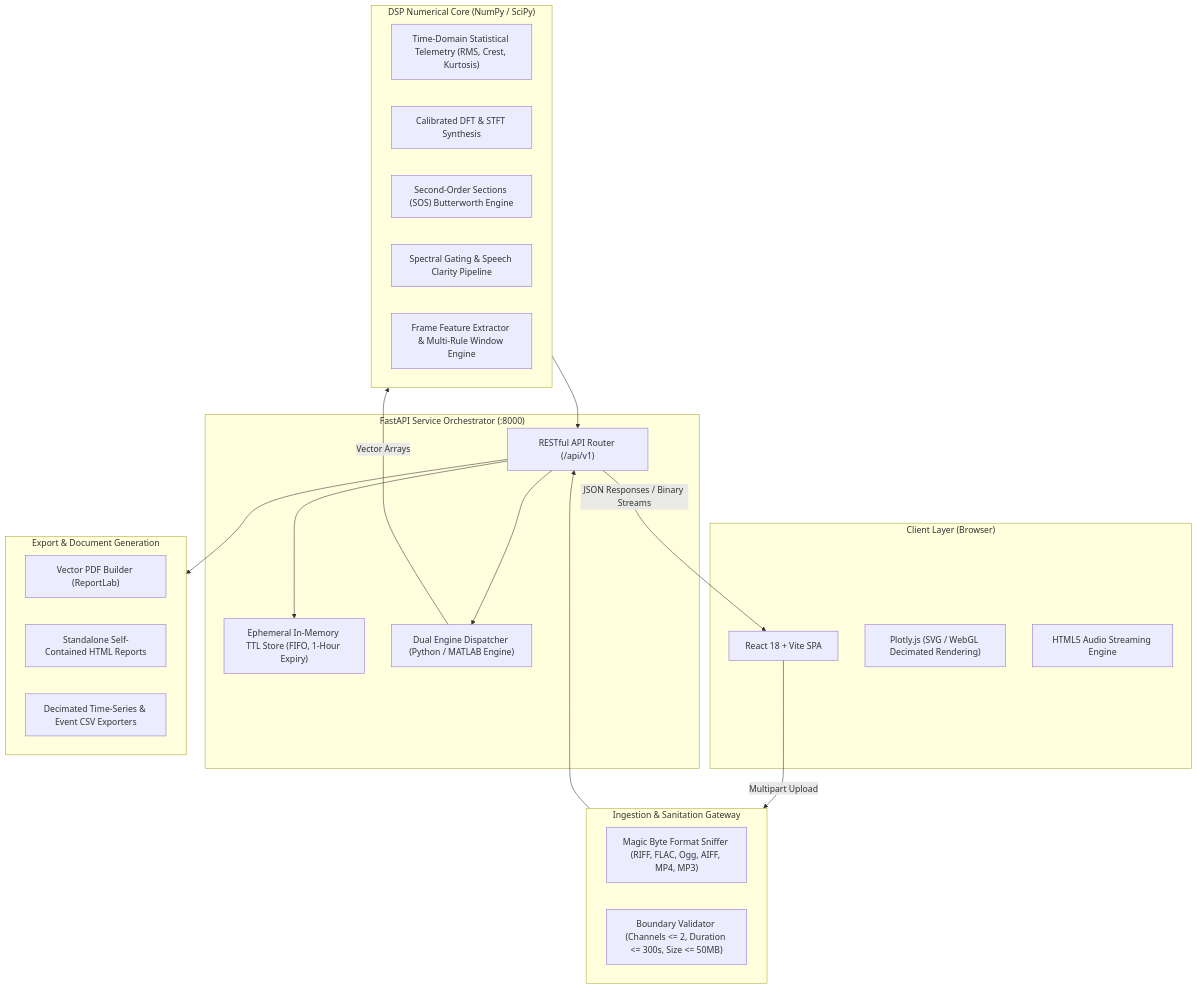
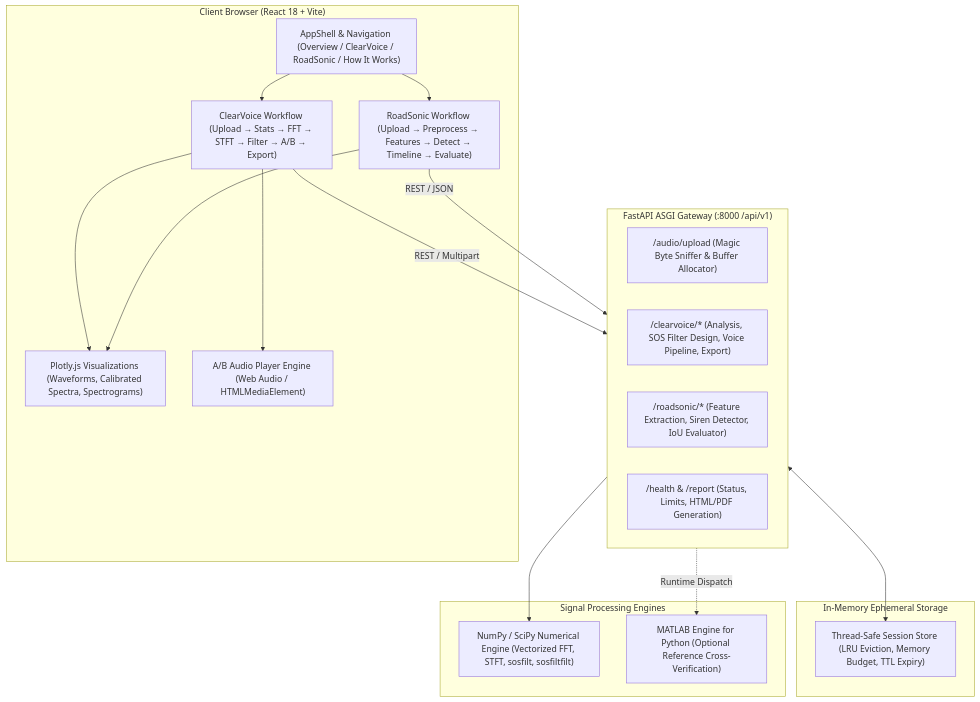
Before and after one commit to SanghviNishank/SonicLab: the diagram in README.md, drawn with Mermaid. The commit also changed other lines of this file and 10 other files, not shown here.

````diff
--- a/README.md
+++ b/README.md
@@ -58,42 +160,39 @@
 ```mermaid
 flowchart TD
-    subgraph Client ["Client Layer (Browser)"]
-        UI["React 18 + Vite SPA"]
-        Plotly["Plotly.js (SVG / WebGL Decimated Rendering)"]
-        AudioNodes["HTML5 Audio Streaming Engine"]
+    subgraph Client ["Client Browser (React 18 + Vite)"]
+        Nav["AppShell & Navigation (Overview / ClearVoice / RoadSonic / How It Works)"]
+        CV_UI["ClearVoice Workflow (Upload → Stats → FFT → STFT → Filter → A/B → Export)"]
+        RS_UI["RoadSonic Workflow (Upload → Preprocess → Features → Detect → Timeline → Evaluate)"]
+        PlotEngine["Plotly.js Visualizations (Waveforms, Calibrated Spectra, Spectrograms)"]
+        AudioEng["A/B Audio Player Engine (Web Audio / HTMLMediaElement)"]
     end
 
-    subgraph Ingestion ["Ingestion & Sanitation Gateway"]
-        Sniffer["Magic Byte Format Sniffer (RIFF, FLAC, Ogg, AIFF, MP4, MP3)"]
-        Validator["Boundary Validator (Channels <= 2, Duration <= 300s, Size <= 50MB)"]
+    subgraph Gateway ["FastAPI ASGI Gateway (:8000 /api/v1)"]
+        UploadHandler["/audio/upload (Magic Byte Sniffer & Buffer Allocator)"]
+        CV_Router["/clearvoice/* (Analysis, SOS Filter Design, Voice Pipeline, Export)"]
+        RS_Router["/roadsonic/* (Feature Extraction, Siren Detector, IoU Evaluator)"]
+        HealthReport["/health & /report (Status, Limits, HTML/PDF Generation)"]
     end
 
-    subgraph ServiceLayer ["FastAPI Service Orchestrator (:8000)"]
-        Router["RESTful API Router (/api/v1)"]
-        MemStore["Ephemeral In-Memory TTL Store (FIFO, 1-Hour Expiry)"]
-        Adapter["Dual Engine Dispatcher (Python / MATLAB Engine)"]
+    subgraph Storage ["In-Memory Ephemeral Storage"]
+        MemStore["Thread-Safe Session Store (LRU Eviction, Memory Budget, TTL Expiry)"]
     end
 
-    subgraph DSPCore ["DSP Numerical Core (NumPy / SciPy)"]
-        StatsEngine["Time-Domain Statistical Telemetry (RMS, Crest, Kurtosis)"]
-        DFTEngine["Calibrated DFT & STFT Synthesis"]
-        FilterEngine["Second-Order Sections (SOS) Butterworth Engine"]
-        VoicePipeline["Spectral Gating & Speech Clarity Pipeline"]
-        SirenEngine["Frame Feature Extractor & Multi-Rule Window Engine"]
+    subgraph Computation ["Signal Processing Engines"]
+        PyEngine["NumPy / SciPy Numerical Engine (Vectorized FFT, STFT, sosfilt, sosfiltfilt)"]
+        MatEngine["MATLAB Engine for Python (Optional Reference Cross-Verification)"]
     end
 
-    subgraph ExportReporting ["Export & Document Generation"]
-        ReportLab["Vector PDF Builder (ReportLab)"]
-        HTMLGen["Standalone Self-Contained HTML Reports"]
-        CSVEngine["Decimated Time-Series & Event CSV Exporters"]
-    end
+    Nav --> CV_UI
+    Nav --> RS_UI
+    CV_UI --> PlotEngine
+    CV_UI --> AudioEng
+    RS_UI --> PlotEngine
 
-    UI -->|Multipart Upload| Ingestion
-    Ingestion --> Router
-    Router --> MemStore
-    Router --> Adapter
-    Adapter -->|Vector Arrays| DSPCore
-    DSPCore --> Router
-    Router --> ExportReporting
-    Router -->|JSON Responses / Binary Streams| UI
+    CV_UI -->|REST / Multipart| Gateway
+    RS_UI -->|REST / JSON| Gateway
+
+    Gateway <--> MemStore
+    Gateway --> PyEngine
+    Gateway -.->|Runtime Dispatch| MatEngine
 ```
````
